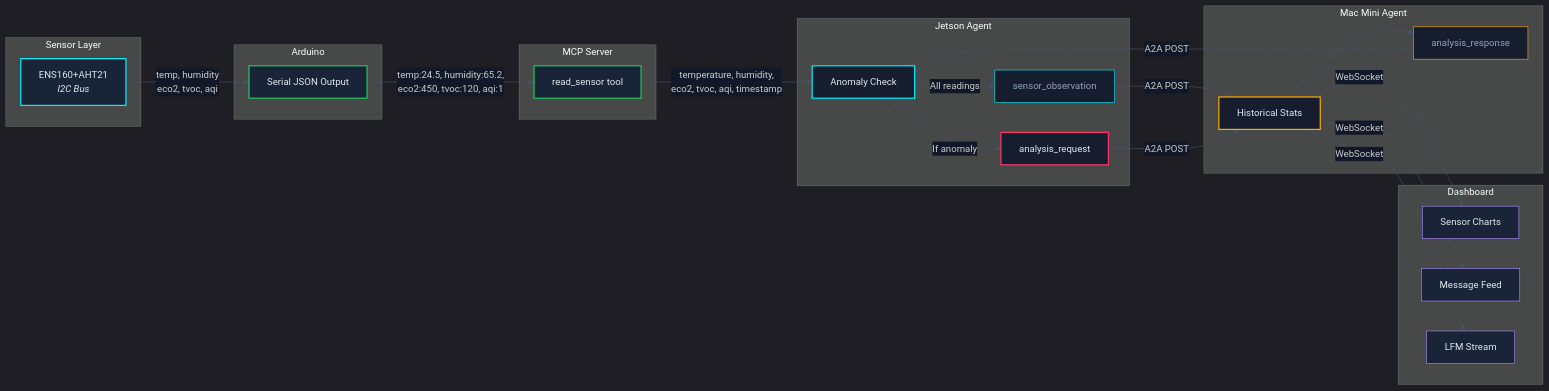
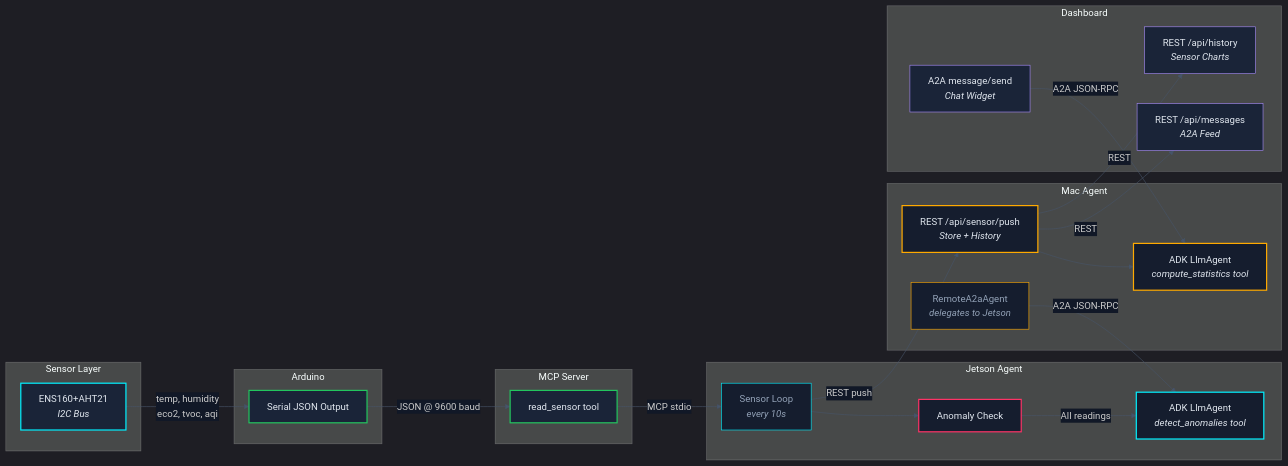
One commit to codecube/AgentEdge changed the diagram in docs/diagrams/data_flow.mmd. Above: the diagram before and after it, drawn with Mermaid. The commit also changed 4 other files, not shown here.

First line of the commit message:
Update Mermaid architecture diagrams for ADK migration

```diff
--- a/docs/diagrams/data_flow.mmd
+++ b/docs/diagrams/data_flow.mmd
@@ -1,60 +1,60 @@
 %%{init: {'theme': 'dark', 'themeVariables': {'primaryColor': '#151d2e', 'primaryTextColor': '#e2e8f0', 'primaryBorderColor': '#334155', 'lineColor': '#475569', 'edgeLabelBackground': '#111827'}}}%%
 
 flowchart LR
     subgraph SENSOR["Sensor Layer"]
         S1["ENS160+AHT21<br/><i>I2C Bus</i>"]
     end
 
     subgraph ARDUINO_LAYER["Arduino"]
         A1["Serial JSON Output"]
     end
 
     subgraph MCP_LAYER["MCP Server"]
         M1["read_sensor tool"]
     end
 
     subgraph JETSON_LAYER["Jetson Agent"]
-        J1["Anomaly Check"]
-        J2["sensor_observation"]
-        J3["analysis_request"]
+        J1["Sensor Loop<br/><i>every 10s</i>"]
+        J2["Anomaly Check"]
+        J3["ADK LlmAgent<br/><i>detect_anomalies tool</i>"]
     end
 
-    subgraph MACMINI_LAYER["Mac Mini Agent"]
-        MM1["Historical Stats"]
-        MM2["analysis_response"]
+    subgraph MAC_LAYER["Mac Agent"]
+        MM1["REST /api/sensor/push<br/><i>Store + History</i>"]
+        MM2["ADK LlmAgent<br/><i>compute_statistics tool</i>"]
+        MM3["RemoteA2aAgent<br/><i>delegates to Jetson</i>"]
     end
 
     subgraph DASH_LAYER["Dashboard"]
-        D1["Sensor Charts"]
-        D2["Message Feed"]
-        D3["LFM Stream"]
+        D1["REST /api/history<br/><i>Sensor Charts</i>"]
+        D2["REST /api/messages<br/><i>A2A Feed</i>"]
+        D3["A2A message/send<br/><i>Chat Widget</i>"]
     end
 
     S1 -->|"temp, humidity<br/>eco2, tvoc, aqi"| A1
-    A1 -->|"temp:24.5, humidity:65.2,<br/>eco2:450, tvoc:120, aqi:1"| M1
-    M1 -->|"temperature, humidity,<br/>eco2, tvoc, aqi, timestamp"| J1
+    A1 -->|"JSON @ 9600 baud"| M1
+    M1 -->|"MCP stdio"| J1
 
-    J1 -->|"All readings"| J2
-    J1 -->|"If anomaly"| J3
-
-    J2 -->|"A2A POST"| MM1
-    J3 -->|"A2A POST"| MM1
+    J1 --> J2
+    J2 -->|"All readings"| J3
+    J1 -->|"REST push"| MM1
 
     MM1 --> MM2
-    MM2 -->|"A2A POST"| J1
+    MM3 -->|"A2A JSON-RPC"| J3
 
-    MM1 -->|"WebSocket"| D1
-    MM1 -->|"WebSocket"| D2
-    MM1 -->|"WebSocket"| D3
+    MM1 -->|"REST"| D1
+    MM1 -->|"REST"| D2
+    D3 -->|"A2A JSON-RPC"| MM2
 
     style S1 fill:#1a2438,stroke:#00f0ff,stroke-width:2px,color:#e2e8f0
     style A1 fill:#1a2438,stroke:#22c55e,stroke-width:2px,color:#e2e8f0
     style M1 fill:#1a2438,stroke:#22c55e,stroke-width:2px,color:#e2e8f0
-    style J1 fill:#151d2e,stroke:#00f0ff,stroke-width:2px,color:#e2e8f0
-    style J2 fill:#151d2e,stroke:#00f0ff,stroke-width:1px,color:#94a3b8
-    style J3 fill:#151d2e,stroke:#ff3366,stroke-width:2px,color:#e2e8f0
+    style J1 fill:#151d2e,stroke:#00f0ff,stroke-width:1px,color:#94a3b8
+    style J2 fill:#151d2e,stroke:#ff3366,stroke-width:2px,color:#e2e8f0
+    style J3 fill:#151d2e,stroke:#00f0ff,stroke-width:2px,color:#e2e8f0
     style MM1 fill:#151d2e,stroke:#ffaa00,stroke-width:2px,color:#e2e8f0
-    style MM2 fill:#151d2e,stroke:#ffaa00,stroke-width:1px,color:#94a3b8
+    style MM2 fill:#151d2e,stroke:#ffaa00,stroke-width:2px,color:#e2e8f0
+    style MM3 fill:#151d2e,stroke:#ffaa00,stroke-width:1px,color:#94a3b8
     style D1 fill:#1a2438,stroke:#a78bfa,stroke-width:1px,color:#e2e8f0
     style D2 fill:#1a2438,stroke:#a78bfa,stroke-width:1px,color:#e2e8f0
     style D3 fill:#1a2438,stroke:#a78bfa,stroke-width:1px,color:#e2e8f0
```
